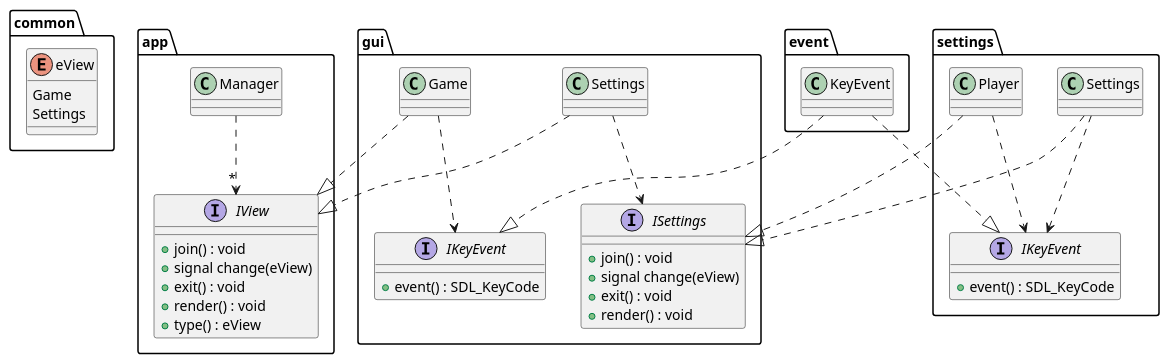
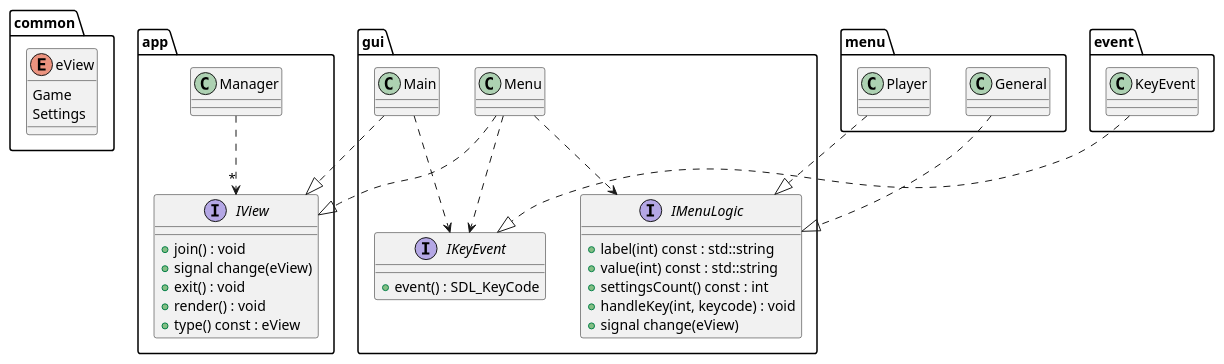
One commit to sebastianphilipp/lunari changed the diagram in docs/architecture.puml. Above: the diagram before and after it, drawn with PlantUML. The commit also changed 17 other files, not shown here.

```diff
--- a/docs/architecture.puml
+++ b/docs/architecture.puml
@@ -1,67 +1,62 @@
 @startuml
 top to bottom direction
 
 namespace common {
     enum eView {
       Game
       Settings
     }
 }
 
 namespace app {
   class Manager
 
   interface IView {
     + join() : void
     + signal change(eView)
     + exit() : void
     + render() : void
-    + type() : eView
+    + type() const : eView
   }
 
   Manager ..> "*" IView
 }
 
 namespace gui {
-  class Game
-  class Settings
+  class Main
+  class Menu
 
   interface IKeyEvent {
     + event() : SDL_KeyCode
   }
 
-  interface ISettings {
-    + join() : void
+  interface IMenuLogic {
+    + label(int) const : std::string
+    + value(int) const : std::string
+    + settingsCount() const : int
+    + handleKey(int, keycode) : void
     + signal change(eView)
-    + exit() : void
-    + render() : void
   }
 
-  Settings ..|> app.IView
-  Game ..|> app.IView
-  Game ..> IKeyEvent
-  Settings ..> ISettings
+  Menu ..|> app.IView
+  Main ..|> app.IView
+  Main ..> IKeyEvent
+  Menu ..> IMenuLogic
+  Menu ..> IKeyEvent
 }
 
-namespace settings {
-    class Settings
+namespace menu {
+    class General
     class Player
 
-    interface IKeyEvent {
-      + event() : SDL_KeyCode
-    }
-
-    Settings ..|> gui.ISettings
-    Player ..|> gui.ISettings
-    Settings ..> IKeyEvent
-    Player ..> IKeyEvent
+    General ..|> gui.IMenuLogic
+    Player ..|> gui.IMenuLogic
 }
 
 namespace event {
     class KeyEvent
 
     KeyEvent ..|> gui.IKeyEvent
-    KeyEvent ..|> settings.IKeyEvent
 }
 
 @enduml
```
